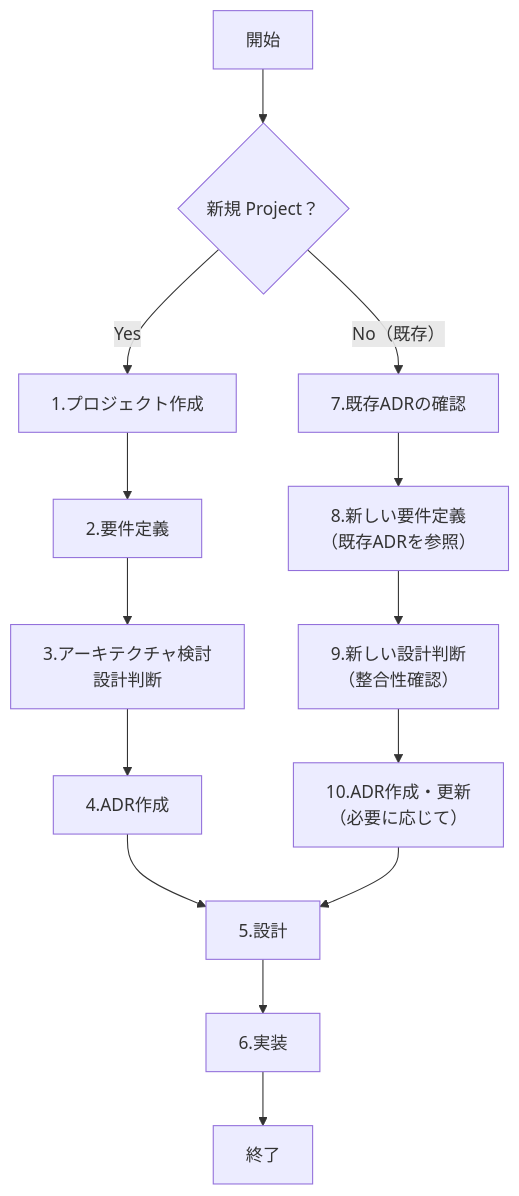
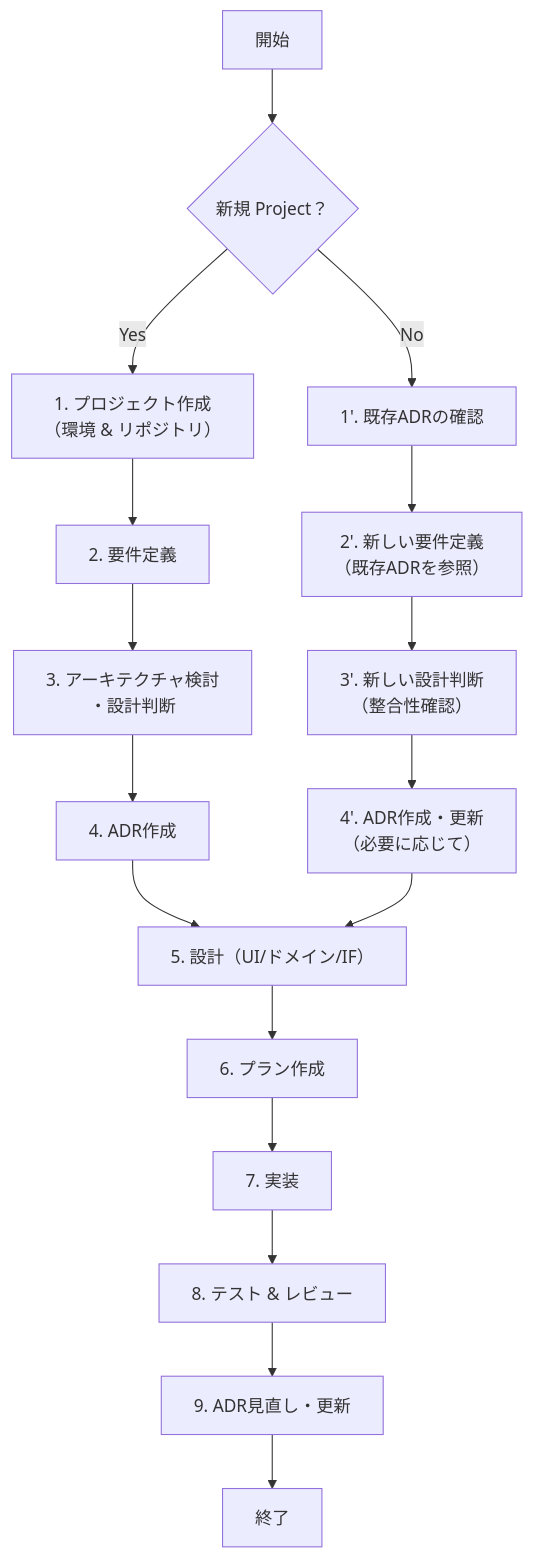
One commit to kumab2221/ProjectManage changed the diagram in アプリ開発フロー.md. Above: the diagram before and after it, drawn with Mermaid. The commit also changed 1 other file, not shown here.

Commit message:
アプリ開発の基礎作り

````diff
--- a/アプリ開発フロー.md
+++ b/アプリ開発フロー.md
@@ -2,22 +2,25 @@
 ```mermaid
 
 flowchart TD
 
 START[開始] --> CHK{新規 Project？}
 
 %% 新規プロジェクト
-CHK -->|Yes| PRJ_NEW[1.プロジェクト作成]
-PRJ_NEW --> RQ_NEW[2.要件定義]
-RQ_NEW --> AR_NEW[3.アーキテクチャ検討</br>設計判断]
-AR_NEW --> ADR_NEW[4.ADR作成]
-ADR_NEW --> DES[5.設計]
-DES --> IMP[6.実装]
+CHK -->|Yes| PRJ_NEW[1. プロジェクト作成<br/>（環境 & リポジトリ）]
+PRJ_NEW --> RQ_NEW[2. 要件定義]
+RQ_NEW --> AR_NEW[3. アーキテクチャ検討<br/>・設計判断]
+AR_NEW --> ADR_NEW[4. ADR作成]
+ADR_NEW --> DES[5. 設計（UI/ドメイン/IF）]
+DES --> PLAN[6. プラン作成]
+PLAN --> IMP[7. 実装]
+IMP --> TST[8. テスト & レビュー]
+TST --> ADR_FEED[9. ADR見直し・更新]
+ADR_FEED --> END[終了]
 
 %% 既存プロジェクト
-CHK -->|No（既存）| ADR_OLD[7.既存ADRの確認]
-ADR_OLD --> RQ_EXT[8.新しい要件定義 </br>（既存ADRを参照）]
-RQ_EXT --> AR_EXT[9.新しい設計判断</br>（整合性確認）]
-AR_EXT --> ADR_EXT[10.ADR作成・更新</br>（必要に応じて）]
+CHK -->|No| ADR_OLD[1'. 既存ADRの確認]
+ADR_OLD --> RQ_EXT[2'. 新しい要件定義<br/>（既存ADRを参照）]
+RQ_EXT --> AR_EXT[3'. 新しい設計判断<br/>（整合性確認）]
+AR_EXT --> ADR_EXT[4'. ADR作成・更新<br/>（必要に応じて）]
 ADR_EXT --> DES
-IMP --> END[終了]
 ```
````
